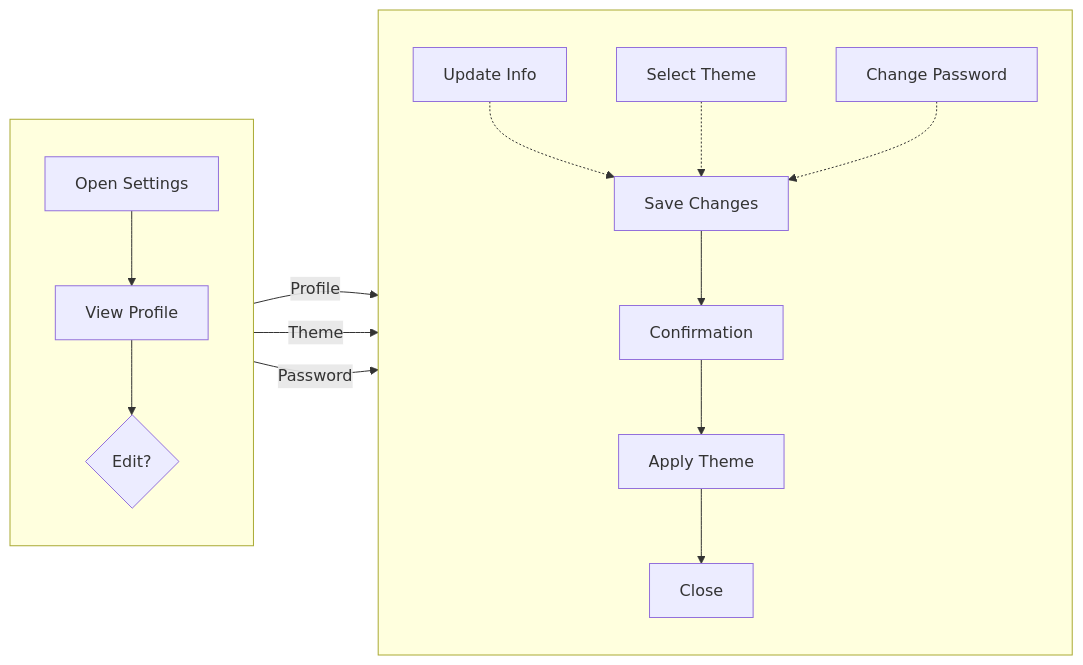
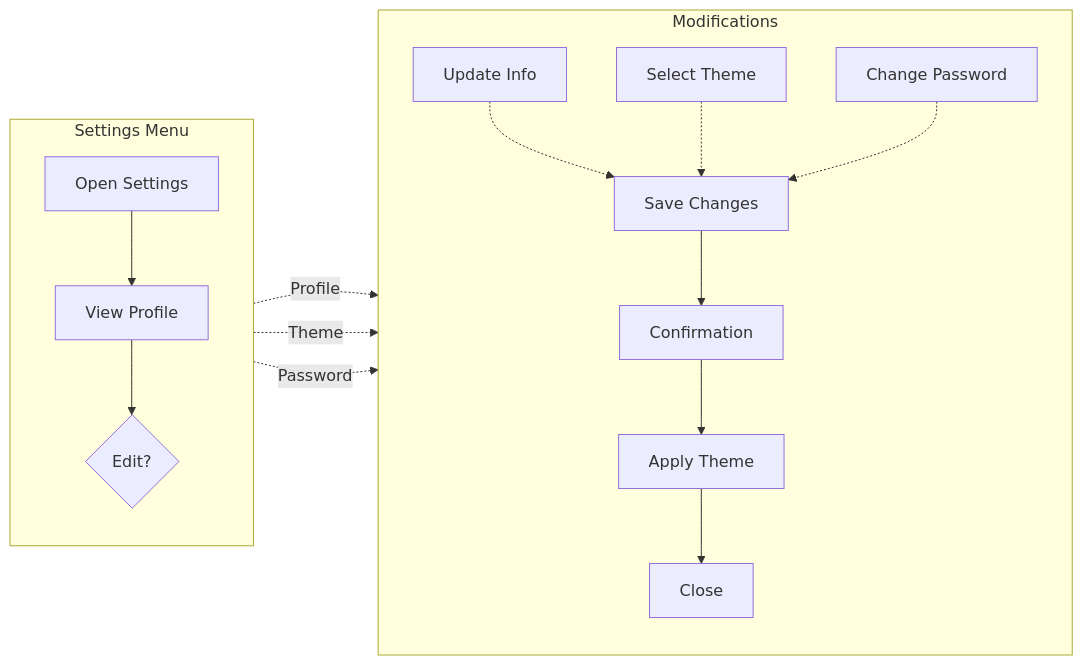
The third of 10 diagrams in docs/SEN3781_Assignment4_Information_Architecture_Report.md (RoundRobinHood/cogniflight-cloud), drawn with Mermaid before and after one commit. The commit also changed other lines of this file, not shown here.

Commit message:
improved diagram readability

````diff
--- a/docs/SEN3781_Assignment4_Information_Architecture_Report.md
+++ b/docs/SEN3781_Assignment4_Information_Architecture_Report.md
@@ -211,20 +211,24 @@
 ```mermaid
 flowchart LR
-    subgraph row1[" "]
+    subgraph s1["Settings Menu"]
         direction TB
         A[Open Settings] --> B[View Profile]
         B --> C{Edit?}
     end
-    subgraph row2[" "]
+    subgraph s2["Modifications"]
         direction TB
-        D[Update Info] -.-> G[Save Changes]
-        E[Select Theme] -.-> G
-        F[Change Password] -.-> G
+        D[Update Info]
+        E[Select Theme]
+        F[Change Password]
+        G[Save Changes]
+        D -.-> G
+        E -.-> G
+        F -.-> G
         G --> H[Confirmation]
         H --> I[Apply Theme]
         I --> J[Close]
     end
-    C -->|Profile| D
-    C -->|Theme| E  
-    C -->|Password| F
+    C -.->|Profile| D
+    C -.->|Theme| E  
+    C -.->|Password| F
 ```
````
